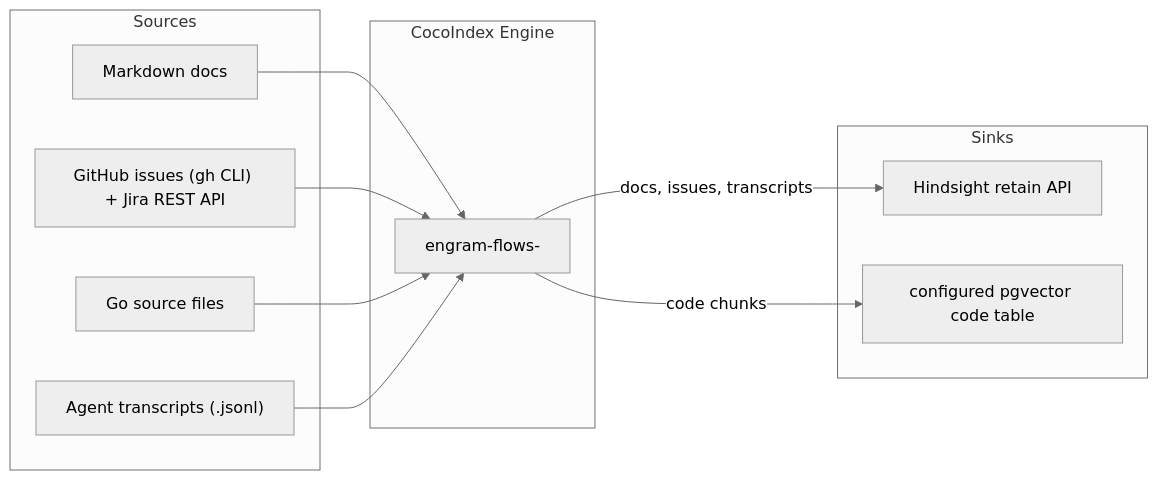
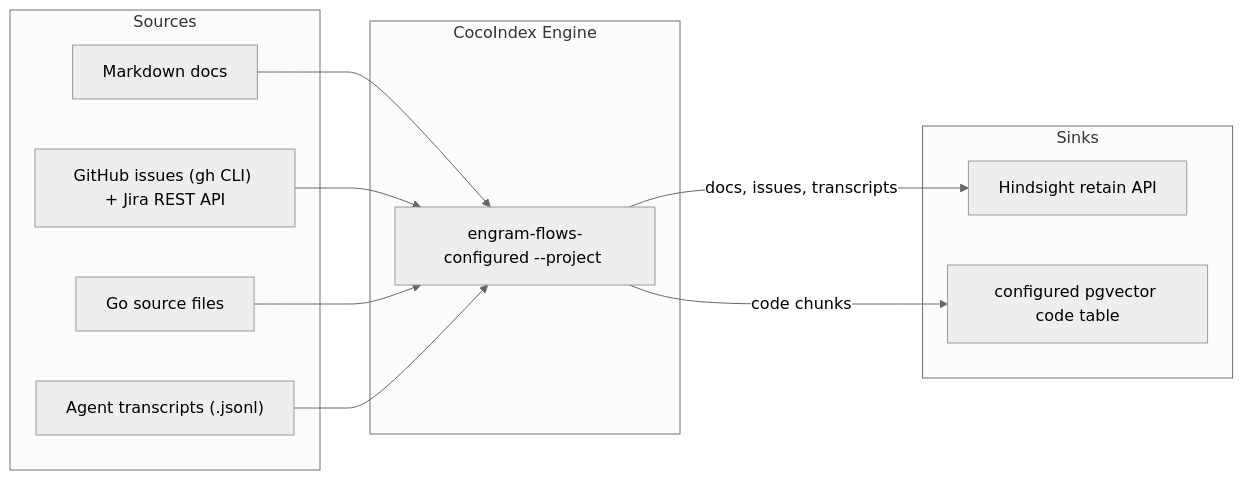
One commit to jordigilh/engram changed the diagram in docs/COCOINDEX.md. Above: the diagram before and after it, drawn with Mermaid (neutral theme). The commit also changed other lines of this file and 61 other files, not shown here.

````diff
--- a/docs/COCOINDEX.md
+++ b/docs/COCOINDEX.md
@@ -36,25 +36,25 @@
 ```mermaid
 flowchart LR
     subgraph sources["Sources"]
         docs["Markdown docs"]
         issues["GitHub issues (gh CLI) + Jira REST API"]
         code["Go source files"]
         transcripts["Agent transcripts (.jsonl)"]
     end
 
     subgraph cocoindex["CocoIndex Engine"]
-        flows["engram-flows-<project>"]
+        flows["engram-flows-configured --project <project>"]
     end
 
     subgraph sinks["Sinks"]
         hindsight["Hindsight retain API"]
         pgvector["configured pgvector code table"]
     end
 
     docs --> flows
     issues --> flows
     code --> flows
     transcripts --> flows
     flows -->|"docs, issues, transcripts"| hindsight
     flows -->|"code chunks"| pgvector
 ```
````
